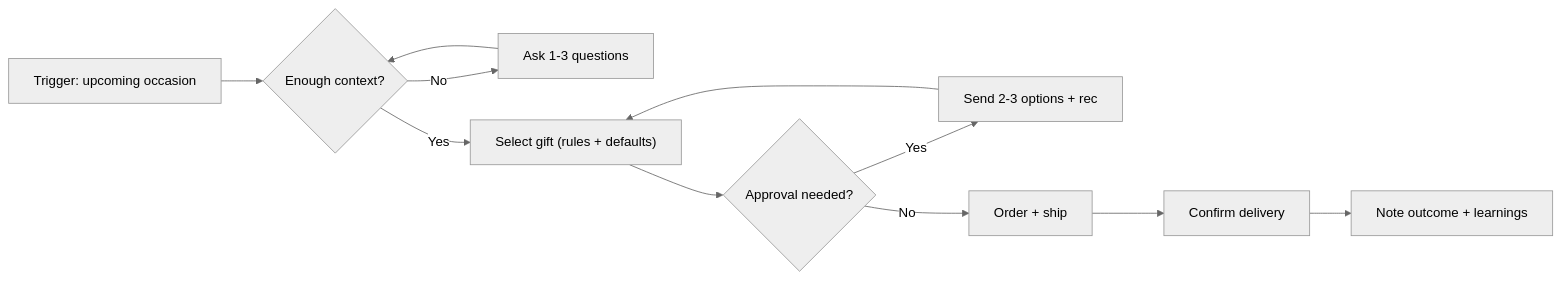
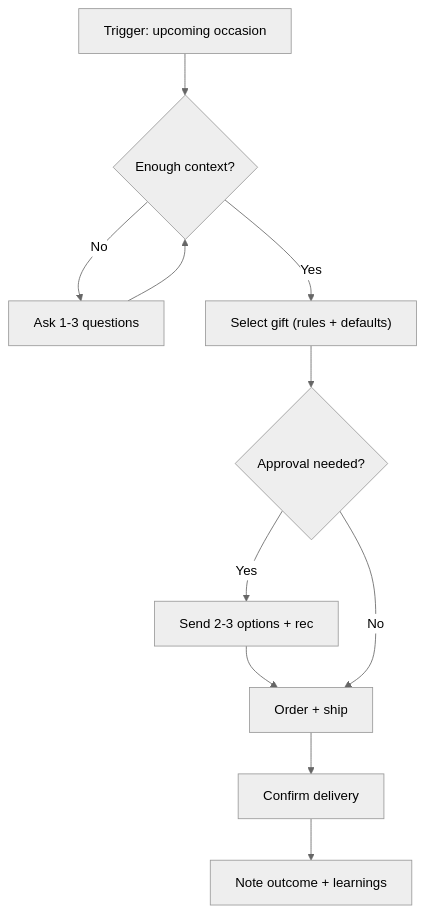
Before and after one commit to chriswinsatlife/athena_playbooks: the diagram in public/playbooks/gift-automation/assets/diagrams_src/workflow.md, drawn with Mermaid (neutral theme). The commit also changed other lines of this file and 32 other files, not shown here.

````diff
--- a/public/playbooks/gift-automation/assets/diagrams_src/workflow.md
+++ b/public/playbooks/gift-automation/assets/diagrams_src/workflow.md
@@ -7,13 +7,13 @@
 ```mermaid
-flowchart LR
+flowchart TB
   T["Trigger: upcoming occasion"] --> C{"Enough context?"}
   C -->|No| Q["Ask 1-3 questions"]
   Q --> C
   C -->|Yes| R["Select gift (rules + defaults)"]
   R --> A{"Approval needed?"}
   A -->|Yes| P["Send 2-3 options + rec"]
-  P --> R
+  P --> O
   A -->|No| O["Order + ship"]
   O --> D["Confirm delivery"]
   D --> N["Note outcome + learnings"]
 ```
````
